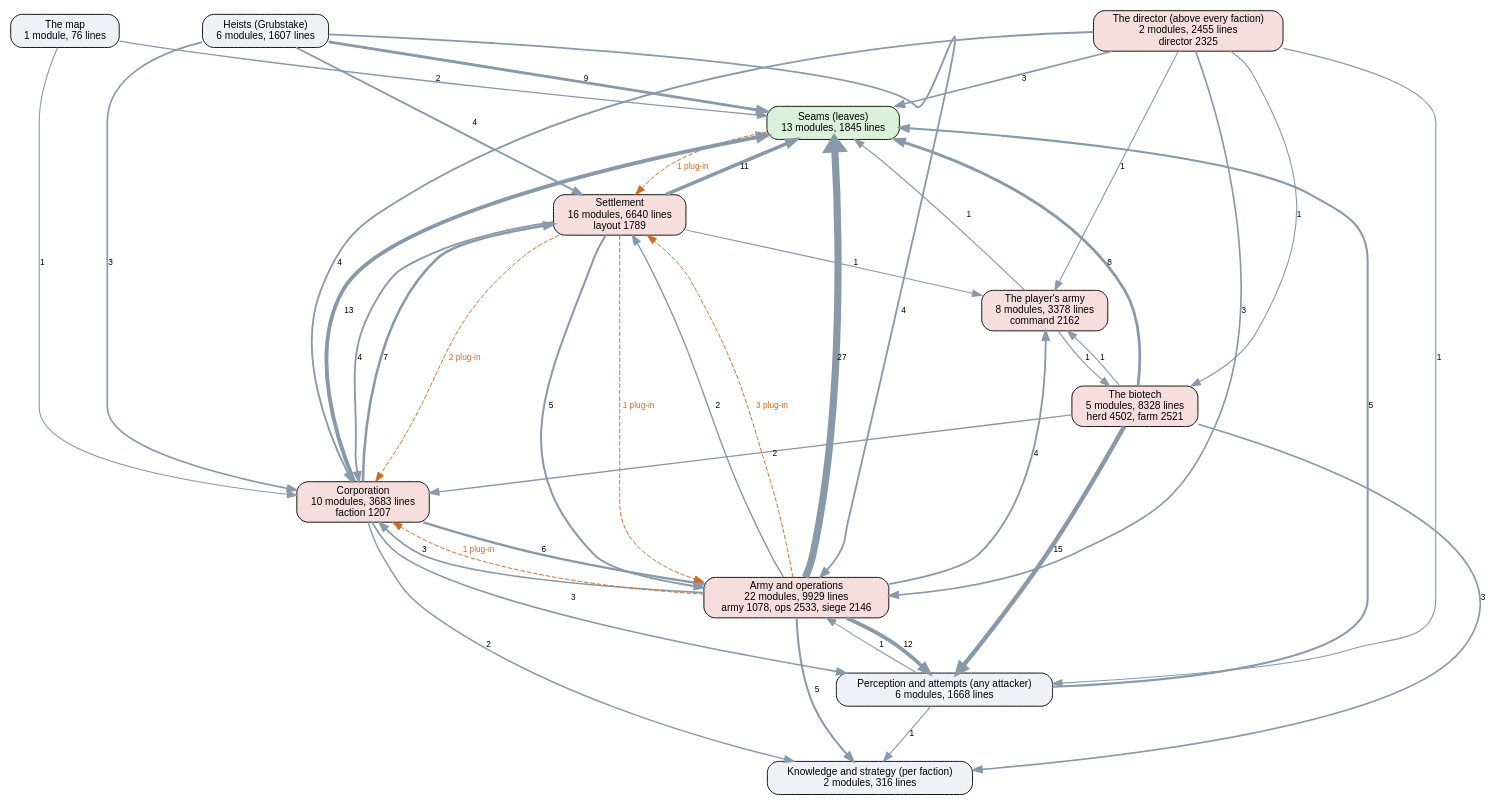
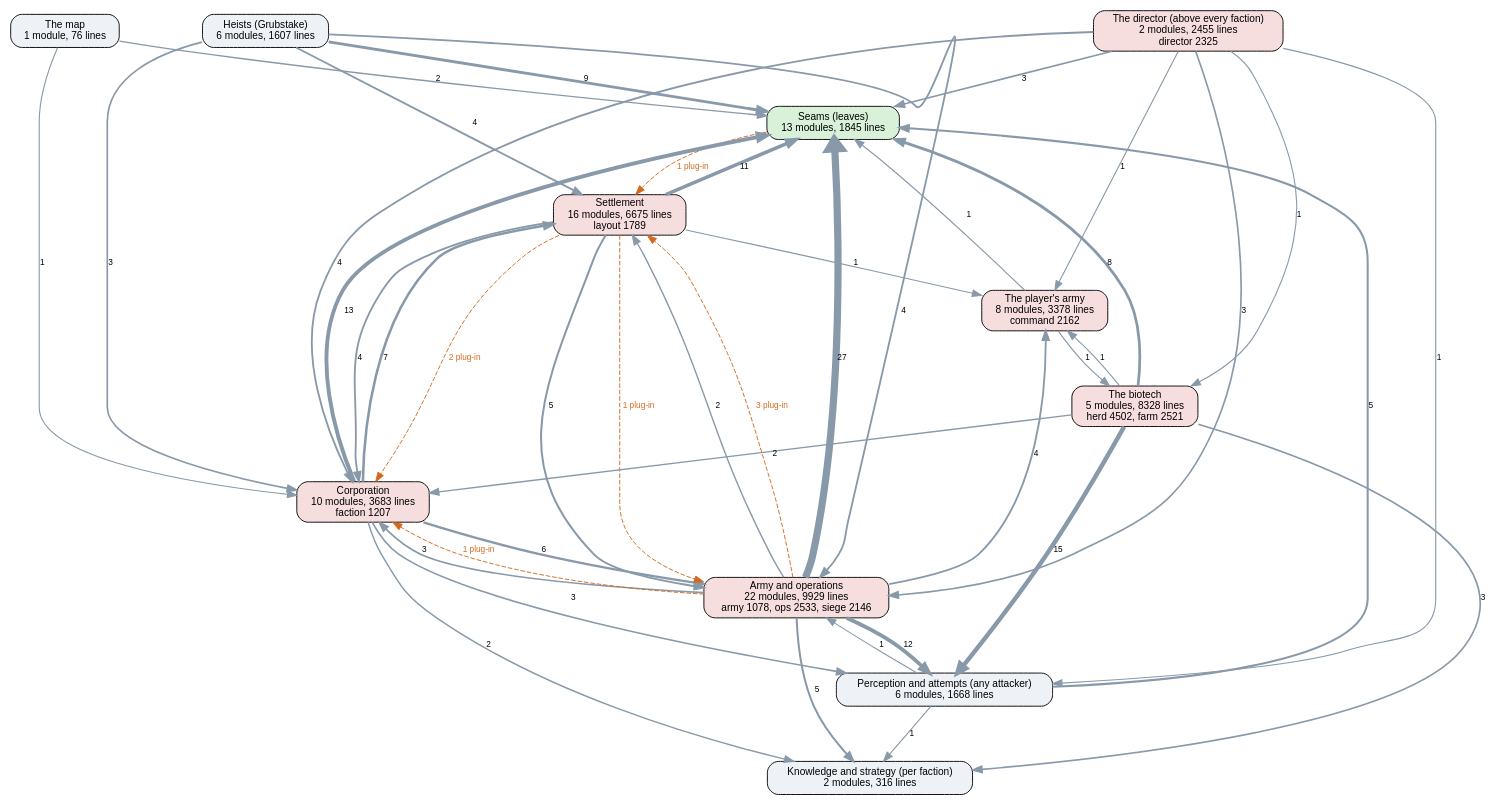
One commit to kinelhu/landing-party changed the diagram in docs/ai-layers.dot. Above: the diagram before and after it, drawn with Graphviz. The commit also changed 15 other files, not shown here.

```diff
--- a/docs/ai-layers.dot
+++ b/docs/ai-layers.dot
@@ -1,58 +1,58 @@
 digraph layers {
   graph [rankdir=TB, fontname="Helvetica", nodesep=0.5, ranksep=0.7];
   node [shape=box, style="rounded,filled", fontname="Helvetica", fontsize=11, fillcolor="#eef2f7"];
   edge [color="#8899aa", fontname="Helvetica", fontsize=9];
   "Seams (leaves)" [label="Seams (leaves)\n13 modules, 1845 lines", fillcolor="#d9f0d9"];
   "Perception and attempts (any attacker)" [label="Perception and attempts (any attacker)\n6 modules, 1668 lines", fillcolor="#eef2f7"];
   "Knowledge and strategy (per faction)" [label="Knowledge and strategy (per faction)\n2 modules, 316 lines", fillcolor="#eef2f7"];
   "The director (above every faction)" [label="The director (above every faction)\n2 modules, 2455 lines\ndirector 2325", fillcolor="#f7dede"];
   "Corporation" [label="Corporation\n10 modules, 3683 lines\nfaction 1207", fillcolor="#f7dede"];
-  "Settlement" [label="Settlement\n16 modules, 6640 lines\nlayout 1789", fillcolor="#f7dede"];
+  "Settlement" [label="Settlement\n16 modules, 6675 lines\nlayout 1789", fillcolor="#f7dede"];
   "Army and operations" [label="Army and operations\n22 modules, 9929 lines\narmy 1078, ops 2533, siege 2146", fillcolor="#f7dede"];
   "Heists (Grubstake)" [label="Heists (Grubstake)\n6 modules, 1607 lines", fillcolor="#eef2f7"];
   "The biotech" [label="The biotech\n5 modules, 8328 lines\nherd 4502, farm 2521", fillcolor="#f7dede"];
   "The map" [label="The map\n1 module, 76 lines", fillcolor="#eef2f7"];
   "The player's army" [label="The player's army\n8 modules, 3378 lines\ncommand 2162", fillcolor="#f7dede"];
   "Army and operations" -> "Corporation" [label="3", penwidth=1.8];
   "Army and operations" -> "Knowledge and strategy (per faction)" [label="5", penwidth=2.2];
   "Army and operations" -> "Perception and attempts (any attacker)" [label="12", penwidth=4.0];
   "Army and operations" -> "Seams (leaves)" [label="27", penwidth=7.8];
   "Army and operations" -> "Settlement" [label="2", penwidth=1.5];
   "Army and operations" -> "The player's army" [label="4", penwidth=2.0];
   "Corporation" -> "Army and operations" [label="6", penwidth=2.5];
   "Corporation" -> "Knowledge and strategy (per faction)" [label="2", penwidth=1.5];
   "Corporation" -> "Perception and attempts (any attacker)" [label="3", penwidth=1.8];
   "Corporation" -> "Seams (leaves)" [label="13", penwidth=4.2];
   "Corporation" -> "Settlement" [label="7", penwidth=2.8];
   "Heists (Grubstake)" -> "Army and operations" [label="4", penwidth=2.0];
   "Heists (Grubstake)" -> "Corporation" [label="3", penwidth=1.8];
   "Heists (Grubstake)" -> "Seams (leaves)" [label="9", penwidth=3.2];
   "Heists (Grubstake)" -> "Settlement" [label="4", penwidth=2.0];
   "Perception and attempts (any attacker)" -> "Army and operations" [label="1", penwidth=1.2];
   "Perception and attempts (any attacker)" -> "Knowledge and strategy (per faction)" [label="1", penwidth=1.2];
   "Perception and attempts (any attacker)" -> "Seams (leaves)" [label="5", penwidth=2.2];
   "Settlement" -> "Army and operations" [label="5", penwidth=2.2];
   "Settlement" -> "Corporation" [label="4", penwidth=2.0];
   "Settlement" -> "Seams (leaves)" [label="11", penwidth=3.8];
   "Settlement" -> "The player's army" [label="1", penwidth=1.2];
   "The biotech" -> "Corporation" [label="2", penwidth=1.5];
   "The biotech" -> "Knowledge and strategy (per faction)" [label="3", penwidth=1.8];
   "The biotech" -> "Perception and attempts (any attacker)" [label="15", penwidth=4.8];
   "The biotech" -> "Seams (leaves)" [label="8", penwidth=3.0];
   "The biotech" -> "The player's army" [label="1", penwidth=1.2];
   "The director (above every faction)" -> "Army and operations" [label="3", penwidth=1.8];
   "The director (above every faction)" -> "Corporation" [label="4", penwidth=2.0];
   "The director (above every faction)" -> "Perception and attempts (any attacker)" [label="1", penwidth=1.2];
   "The director (above every faction)" -> "Seams (leaves)" [label="3", penwidth=1.8];
   "The director (above every faction)" -> "The biotech" [label="1", penwidth=1.2];
   "The director (above every faction)" -> "The player's army" [label="1", penwidth=1.2];
   "The map" -> "Corporation" [label="1", penwidth=1.2];
   "The map" -> "Seams (leaves)" [label="2", penwidth=1.5];
   "The player's army" -> "Seams (leaves)" [label="1", penwidth=1.2];
   "The player's army" -> "The biotech" [label="1", penwidth=1.2];
   "Army and operations" -> "Corporation" [style=dashed, color="#d2691e", fontcolor="#d2691e", label="1 plug-in"];
   "Army and operations" -> "Settlement" [style=dashed, color="#d2691e", fontcolor="#d2691e", label="3 plug-in"];
   "Seams (leaves)" -> "Settlement" [style=dashed, color="#d2691e", fontcolor="#d2691e", label="1 plug-in"];
   "Settlement" -> "Army and operations" [style=dashed, color="#d2691e", fontcolor="#d2691e", label="1 plug-in"];
   "Settlement" -> "Corporation" [style=dashed, color="#d2691e", fontcolor="#d2691e", label="2 plug-in"];
 }
```
